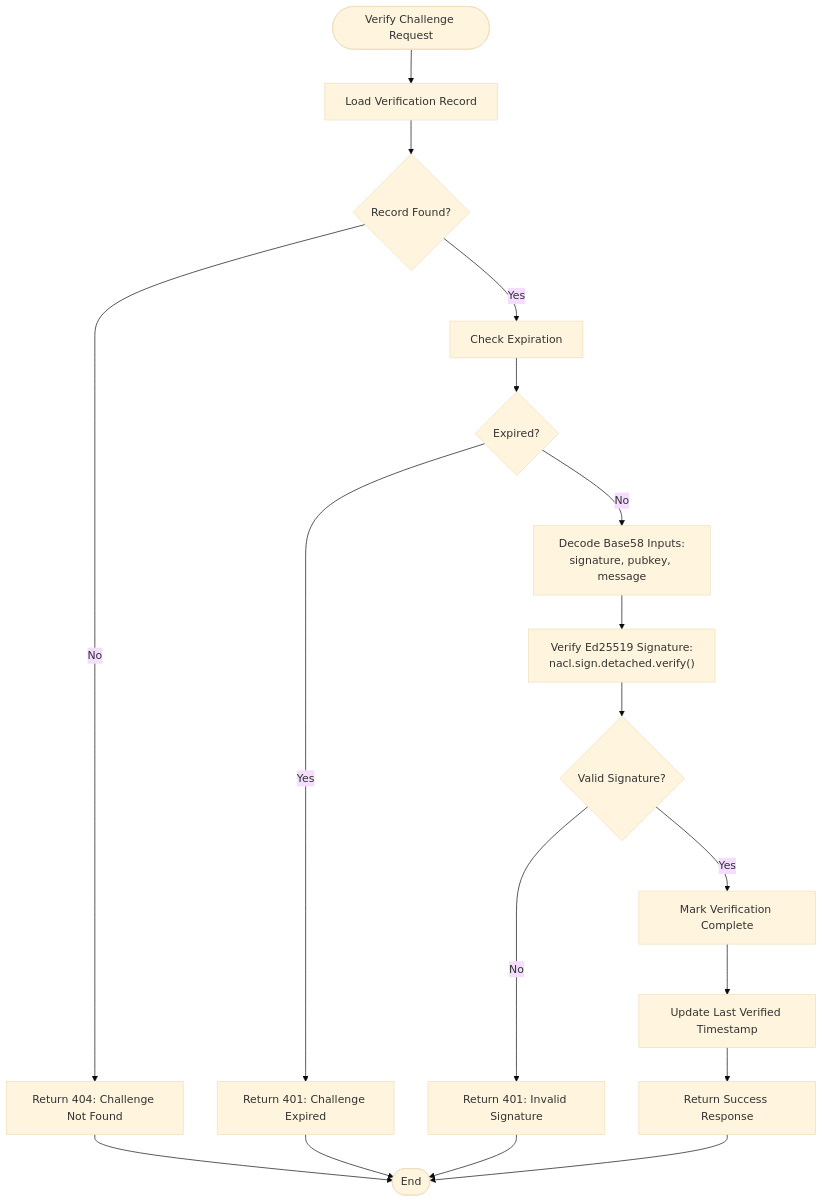
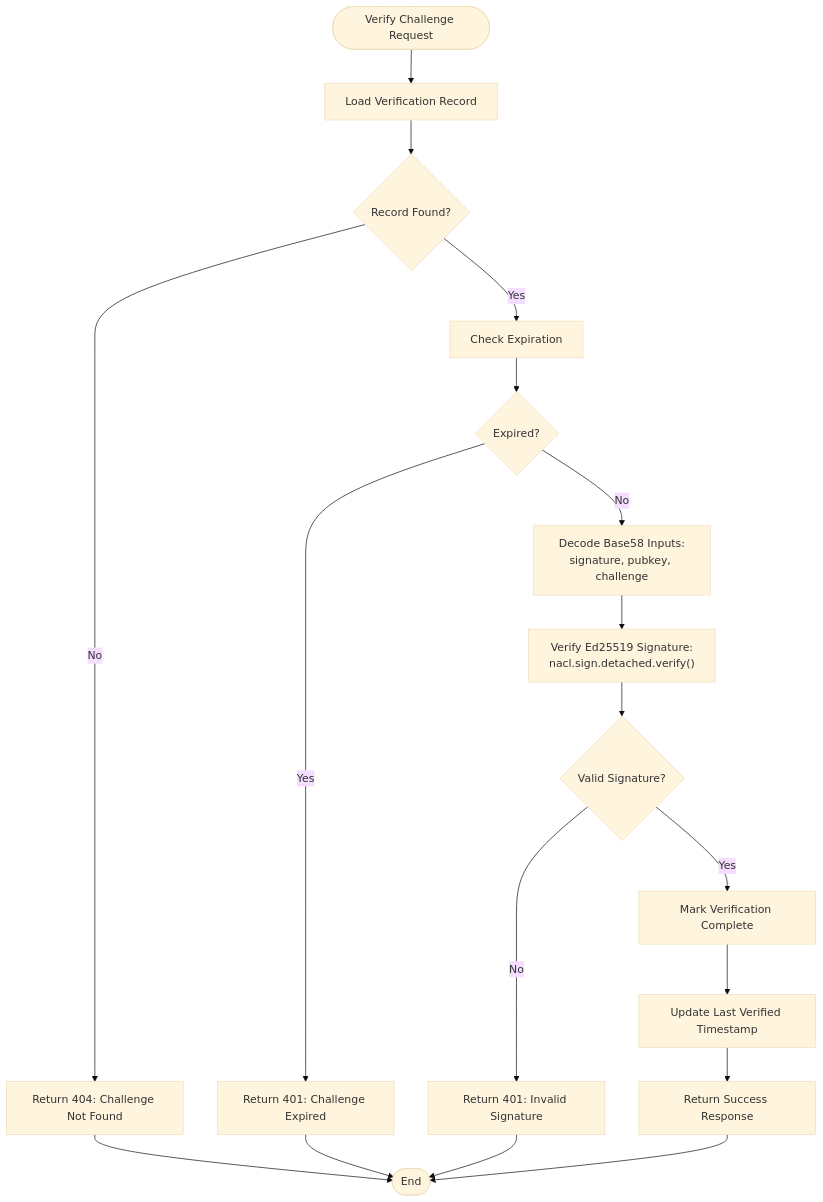
One commit to RunTimeAdmin/AgentID changed the fourth of 6 diagrams in .qoder/repowiki/en/content/Project Overview/Core Components/PKI Challenge-Response System.md. Above: the diagram before and after it, drawn with Mermaid (base theme). The commit also changed other lines of this file and 31 other files, not shown here.

````diff
--- a/.qoder/repowiki/en/content/Project Overview/Core Components/PKI Challenge-Response System.md
+++ b/.qoder/repowiki/en/content/Project Overview/Core Components/PKI Challenge-Response System.md
@@ -190,20 +207,20 @@
 ```mermaid
 flowchart TD
 VerifyStart([Verify Challenge Request]) --> LoadRecord["Load Verification Record"]
 LoadRecord --> RecordExists{"Record Found?"}
 RecordExists --> |No| NotFound["Return 404: Challenge Not Found"]
 RecordExists --> |Yes| CheckExpiry["Check Expiration"]
 CheckExpiry --> Expired{"Expired?"}
 Expired --> |Yes| ExpiredError["Return 401: Challenge Expired"]
-Expired --> |No| DecodeInputs["Decode Base58 Inputs:<br/>signature, pubkey, message"]
+Expired --> |No| DecodeInputs["Decode Base58 Inputs:<br/>signature, pubkey, challenge"]
 DecodeInputs --> VerifySignature["Verify Ed25519 Signature:<br/>nacl.sign.detached.verify()"]
 VerifySignature --> ValidSig{"Valid Signature?"}
 ValidSig --> |No| InvalidSig["Return 401: Invalid Signature"]
 ValidSig --> |Yes| MarkComplete["Mark Verification Complete"]
 MarkComplete --> UpdateLastVerified["Update Last Verified Timestamp"]
 UpdateLastVerified --> Success["Return Success Response"]
 NotFound --> VerifyEnd([End])
 ExpiredError --> VerifyEnd
 InvalidSig --> VerifyEnd
 Success --> VerifyEnd
 ```
````
